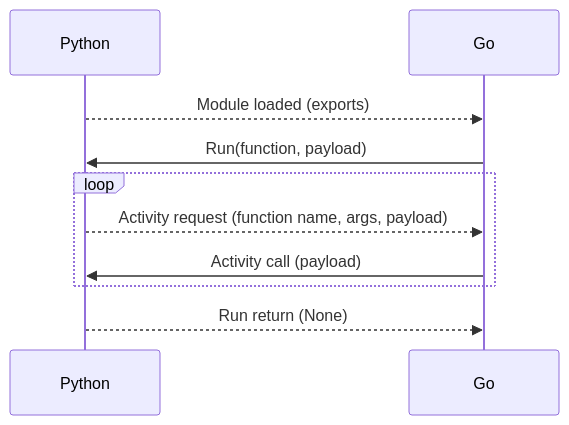
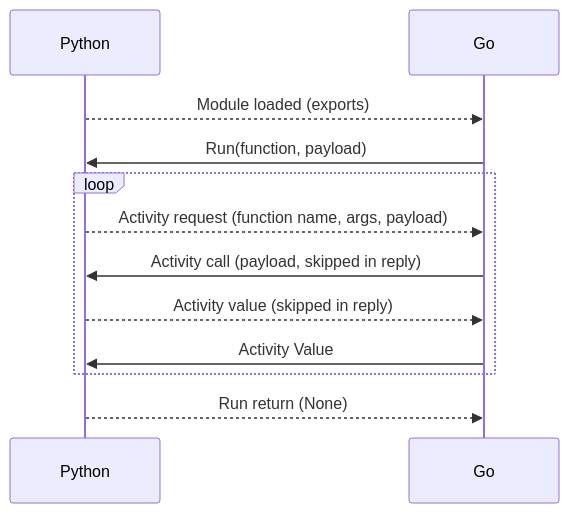
One commit to autokitteh/autokitteh changed the diagram in runtimes/pythonrt/README.md. Above: the diagram before and after it, drawn with Mermaid. The commit also changed other lines of this file and 4 other files, not shown here.

````diff
--- a/runtimes/pythonrt/README.md
+++ b/runtimes/pythonrt/README.md
@@ -71,10 +71,12 @@
 ```mermaid
 sequenceDiagram
     Python-->>Go: Module loaded (exports)
     Go->>Python: Run(function, payload)
     loop
         Python-->>Go: Activity request (function name, args, payload)
-        Go ->>Python: Activity call (payload)
+        Go ->>Python: Activity call (payload, skipped in reply)
+        Python-->>Go: Activity value (skipped in reply)
+        Go ->>Python: Activity Value
     end
     Python-->>Go: Run return (None)
 ```
````
